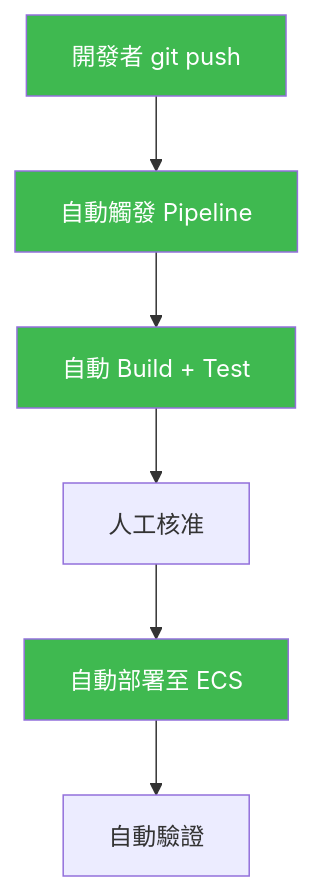
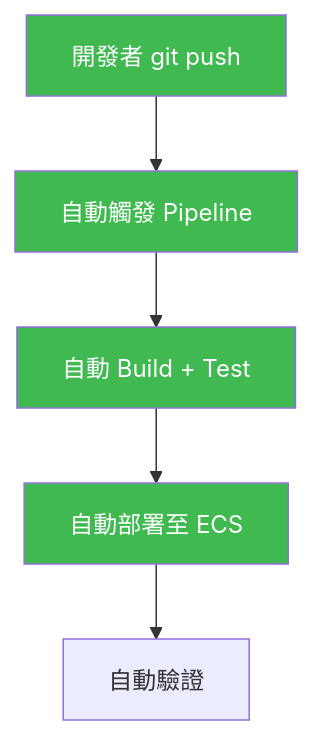
One commit to KatLantyss/ecv-aws-workshop changed the second of 2 diagrams in content/cicd-pipeline-with-codepipeline/01-concepts/_index.md. Above: the diagram before and after it, drawn with Mermaid. The commit also changed other lines of this file and 12 other files, not shown here.

````diff
--- a/content/cicd-pipeline-with-codepipeline/01-concepts/_index.md
+++ b/content/cicd-pipeline-with-codepipeline/01-concepts/_index.md
@@ -48,12 +48,11 @@
 ```mermaid
 graph TD
     A[開發者 git push] --> B[自動觸發 Pipeline]
     B --> C[自動 Build + Test]
-    C --> D[人工核准]
-    D --> E[自動部署至 ECS]
+    C --> E[自動部署至 ECS]
     E --> F[自動驗證]
     style A fill:#3fb950,color:#fff
     style B fill:#3fb950,color:#fff
     style C fill:#3fb950,color:#fff
     style E fill:#3fb950,color:#fff
 ```
````
